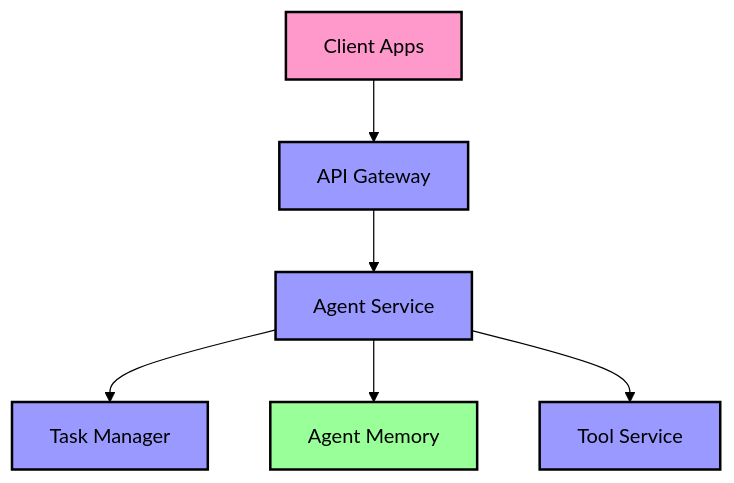
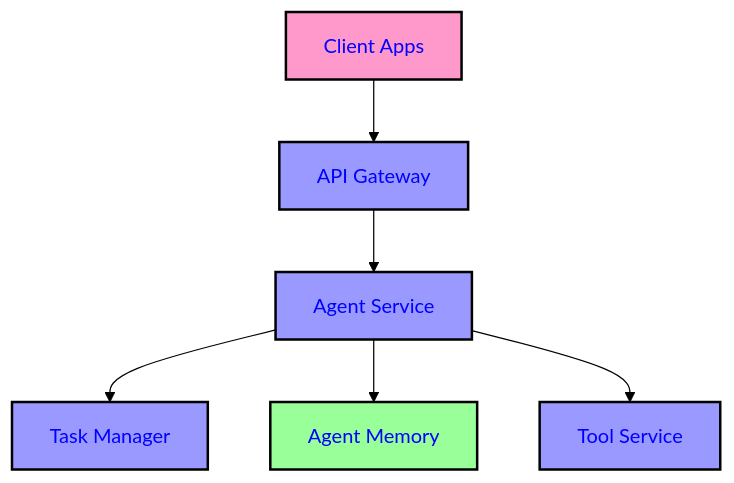
Before and after one commit to dshorter/agent_toolkit: the diagram in README.md, drawn with Mermaid (forest theme). The commit also changed other lines of this file, not shown here.

````diff
--- a/README.md
+++ b/README.md
@@ -33,21 +33,21 @@
 ```mermaid
 graph TD
    CA[Client Apps] --> API[API Gateway]
    API --> AS[Agent Service]
    AS --> TM[Task Manager]
    AS --> AM[Agent Memory]
    AS --> TS[Tool Service]
 
    %% Style classes 
    classDef default fill:#2B3D53,stroke:#000000,stroke-width:2px,color:#FFFFFF;
    classDef client fill:#ff99cc,stroke:#000000,stroke-width:2px,color:#000000;
    classDef service fill:#9999ff,stroke:#000000,stroke-width:2px,color:#000000;
    classDef storage fill:#99ff99,stroke:#000000,stroke-width:2px,color:#000000;
-   classDef text color:#000000;  
+   classDef text color:#0000FF;      
    
   %% Apply styles
  class CA client;
  class API,AS,TM,TS service;
  class AM storage
  class CA,API,AS,TM,AM,TS text;;
 ```
````
